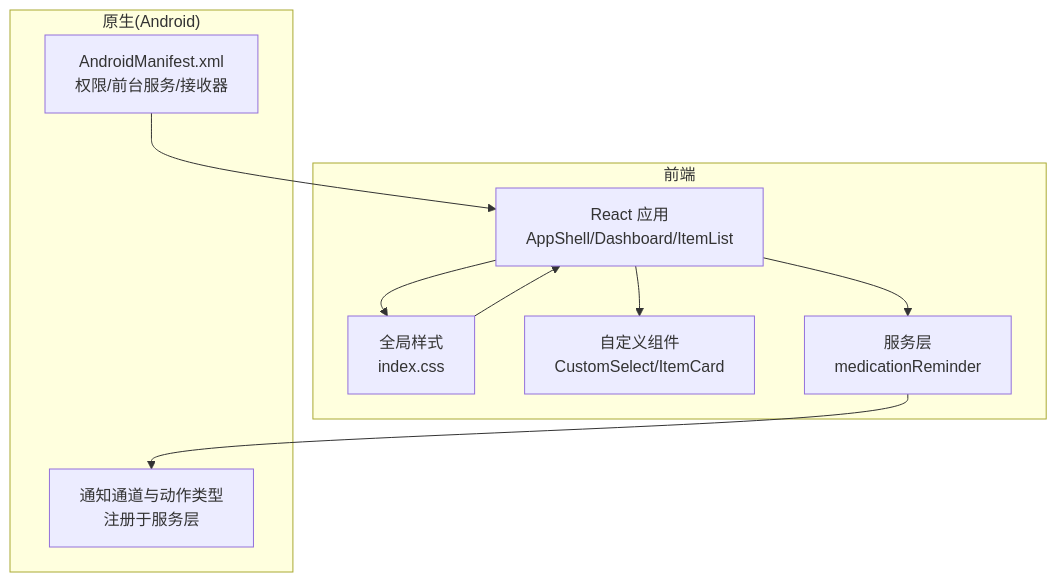
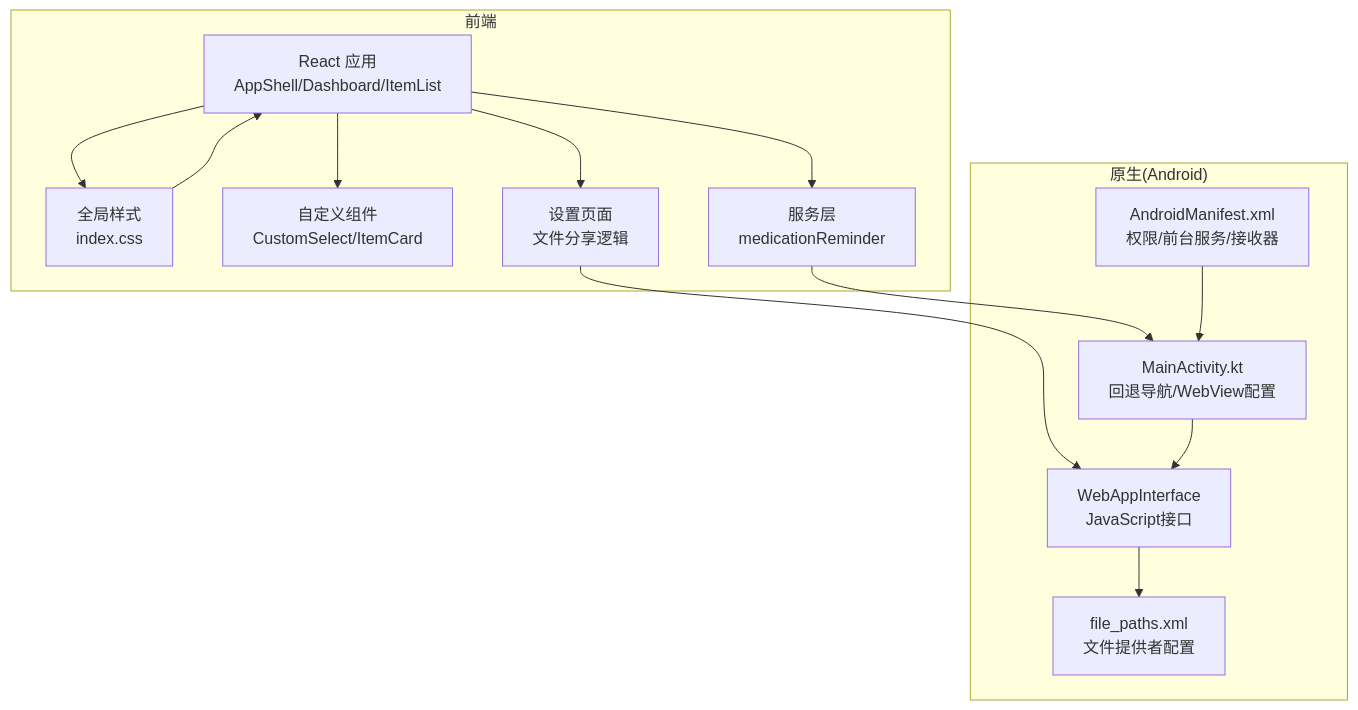
One commit to yn-zxj/Assetly changed the second of 9 diagrams in .qoder/repowiki/zh/content/移动端优化.md. Above: the diagram before and after it, drawn with Mermaid. The commit also changed other lines of this file and 14 other files, not shown here.

````diff
--- a/.qoder/repowiki/zh/content/移动端优化.md
+++ b/.qoder/repowiki/zh/content/移动端优化.md
@@ -98,15 +120,21 @@
 ```mermaid
 graph TB
 subgraph "前端"
 R["React 应用<br/>AppShell/Dashboard/ItemList"] --> S["全局样式<br/>index.css"]
 R --> T["自定义组件<br/>CustomSelect/ItemCard"]
 R --> U["服务层<br/>medicationReminder"]
+R --> V["设置页面<br/>文件分享逻辑"]
 end
 subgraph "原生(Android)"
 M["AndroidManifest.xml<br/>权限/前台服务/接收器"]
-N["通知通道与动作类型<br/>注册于服务层"]
+N["MainActivity.kt<br/>回退导航/WebView配置"]
+O["WebAppInterface<br/>JavaScript接口"]
+P["file_paths.xml<br/>文件提供者配置"]
 end
 U --> N
+V --> O
+N --> O
+O --> P
 S --> R
-M --> R
+M --> N
 ```
````
